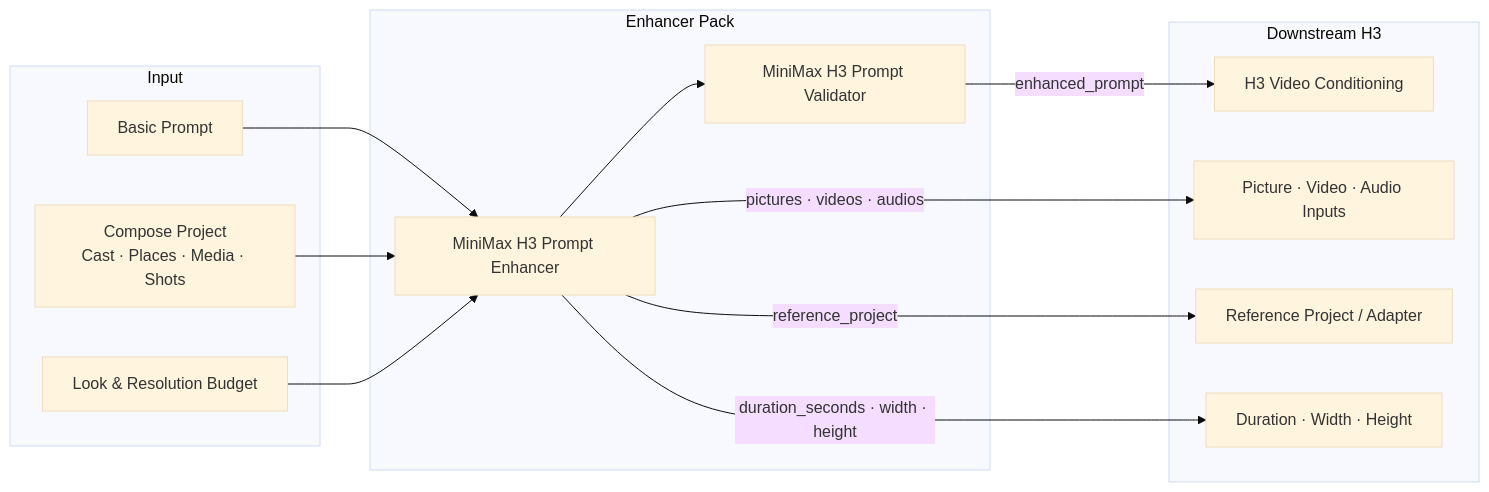
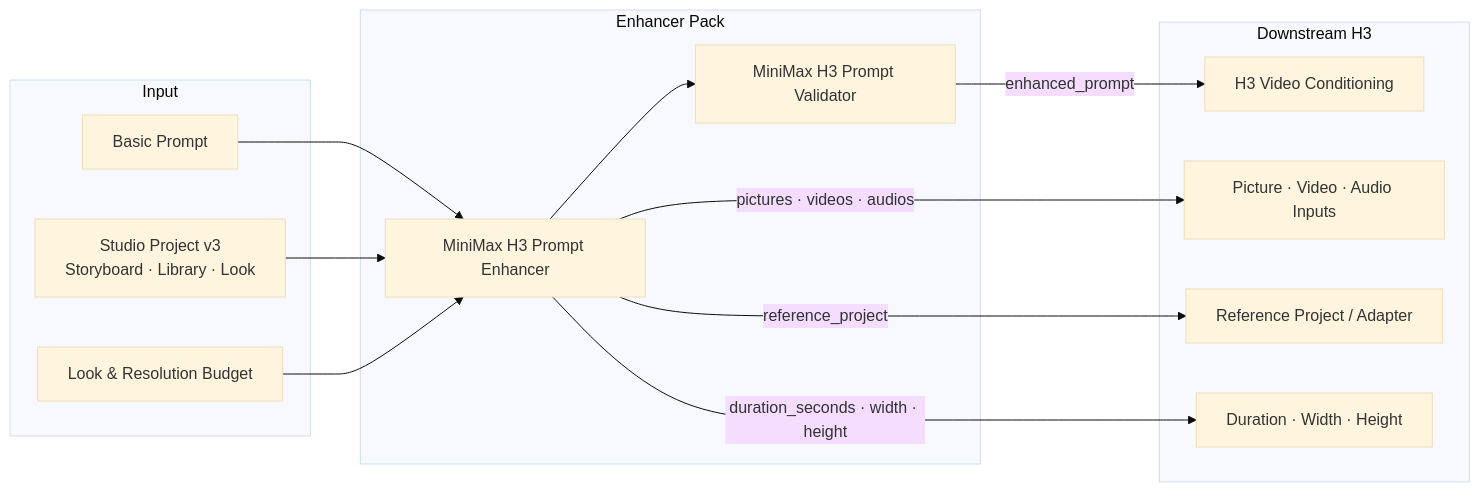
One commit to hyukudan/ComfyUI-MiniMax-H3-Prompt-Enhancer changed the diagram in README.md. Above: the diagram before and after it, drawn with Mermaid (base theme). The commit also changed other lines of this file and 20 other files, not shown here.

````diff
--- a/README.md
+++ b/README.md
@@ -101,26 +101,26 @@
 ```mermaid
 graph LR
     subgraph Input
         A[Basic Prompt]
-        B[Compose Project<br/>Cast · Places · Media · Shots]
+        B[Studio Project v3<br/>Storyboard · Library · Look]
         C[Look & Resolution Budget]
     end
     subgraph Enhancer Pack
         D[MiniMax H3 Prompt Enhancer]
         E[MiniMax H3 Prompt Validator]
     end
     subgraph Downstream H3
         F[H3 Video Conditioning]
         G[Picture · Video · Audio Inputs]
         H[Reference Project / Adapter]
         I[Duration · Width · Height]
     end
     A --> D
     B --> D
     C --> D
     D --> E
     E -->|enhanced_prompt| F
     D -->|pictures · videos · audios| G
     D -->|reference_project| H
     D -->|duration_seconds · width · height| I
 ```
````
